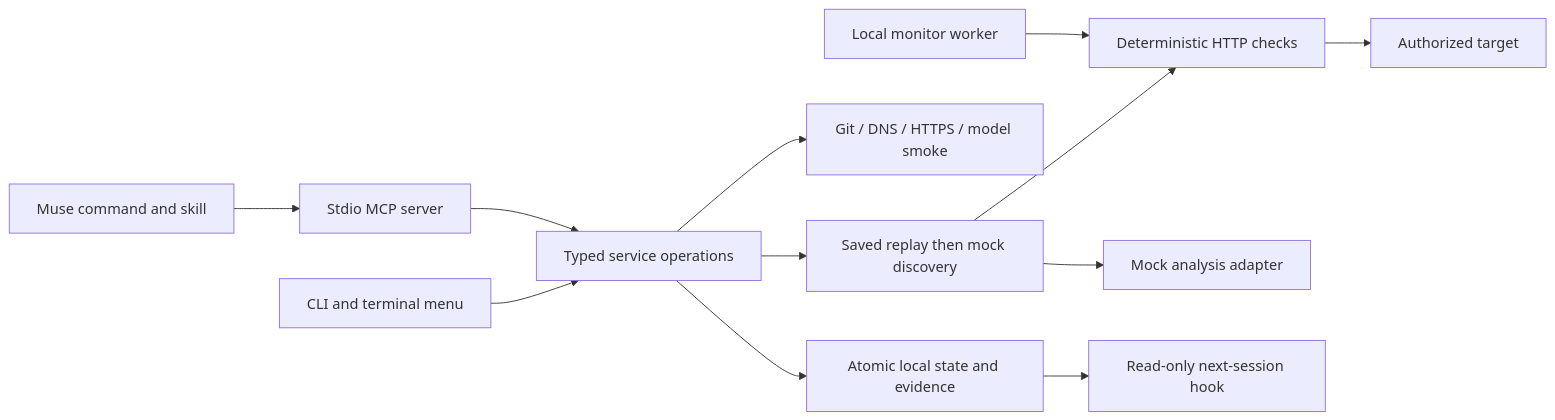
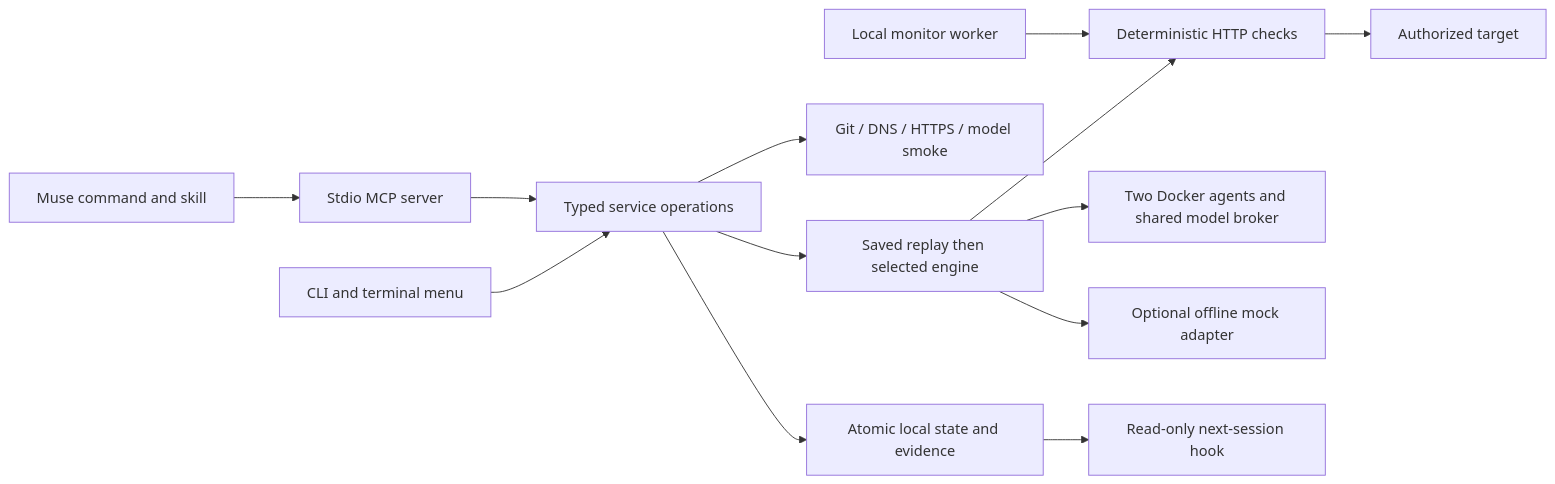
Before and after one commit to Bypass-Labs/bypass: the diagram in docs/ARCHITECTURE.md, drawn with Mermaid. The commit also changed other lines of this file and 58 other files, not shown here.

Commit message:
Add shared-model Docker agents and real HTTP proof POC

````diff
--- a/docs/ARCHITECTURE.md
+++ b/docs/ARCHITECTURE.md
@@ -5,14 +5,15 @@
 ```mermaid
 flowchart LR
   CLI[CLI and terminal menu] --> Service[Typed service operations]
   Muse[Muse command and skill] --> MCP[Stdio MCP server]
   MCP --> Service
   Service --> Store[Atomic local state and evidence]
   Service --> Setup[Git / DNS / HTTPS / model smoke]
-  Service --> Pipeline[Saved replay then mock discovery]
+  Service --> Pipeline[Saved replay then selected engine]
   Pipeline --> Runner[Deterministic HTTP checks]
   Runner --> Target[Authorized target]
-  Pipeline --> Mock[Mock analysis adapter]
+  Pipeline --> Agents[Two Docker agents and shared model broker]
+  Pipeline --> Mock[Optional offline mock adapter]
   Worker[Local monitor worker] --> Runner
   Store --> Hook[Read-only next-session hook]
 ```
````
